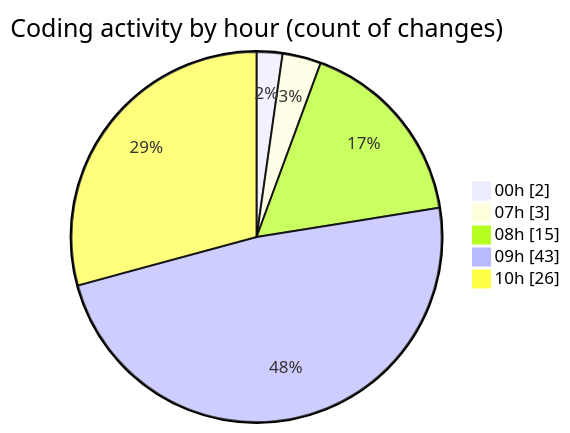
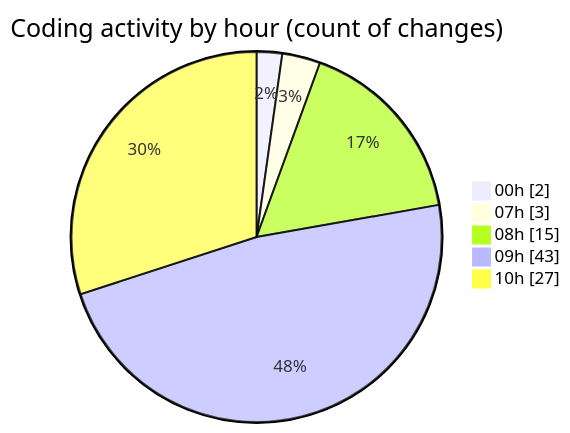
The second of 2 diagrams in 2025-02-10/maps_clone/README.md (donsfak/code-tracking), drawn with Mermaid before and after one commit. The commit also changed other lines of this file and 1 other file, not shown here.

````diff
--- a/2025-02-10/maps_clone/README.md
+++ b/2025-02-10/maps_clone/README.md
@@ -38,9 +40,9 @@
 ```mermaid
 pie showData
 title Coding activity by hour (count of changes)
 "00h" : 2
 "07h" : 3
 "08h" : 15
 "09h" : 43
-"10h" : 26
+"10h" : 27
 ```
````
